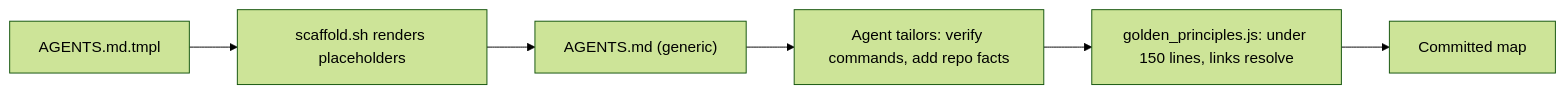
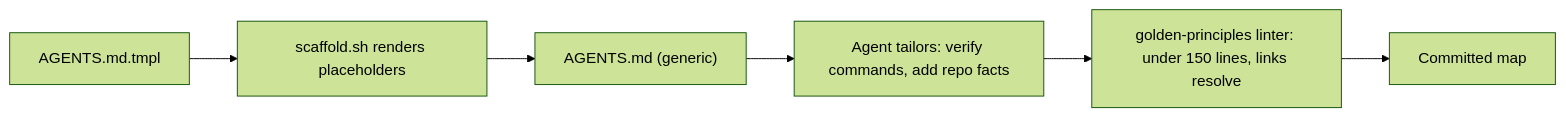
Before and after one commit to svngoku/coding-agents-skills: the first of 2 diagrams in skills/harness-repo/references/agents-md.md, drawn with Mermaid (forest theme). The commit also changed 21 other files, not shown here.

````diff
--- a/skills/harness-repo/references/agents-md.md
+++ b/skills/harness-repo/references/agents-md.md
@@ -21,8 +21,8 @@
 ```mermaid
 flowchart LR
     T["AGENTS.md.tmpl"] --> R["scaffold.sh renders placeholders"]
     R --> A["AGENTS.md (generic)"]
     A --> X["Agent tailors: verify commands, add repo facts"]
-    X --> V["golden_principles.js: under 150 lines, links resolve"]
+    X --> V["golden-principles linter: under 150 lines, links resolve"]
     V --> Z["Committed map"]
 ```
````
